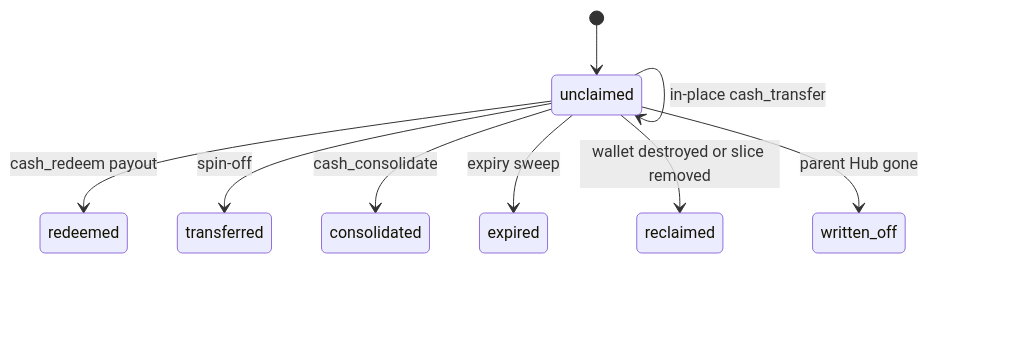
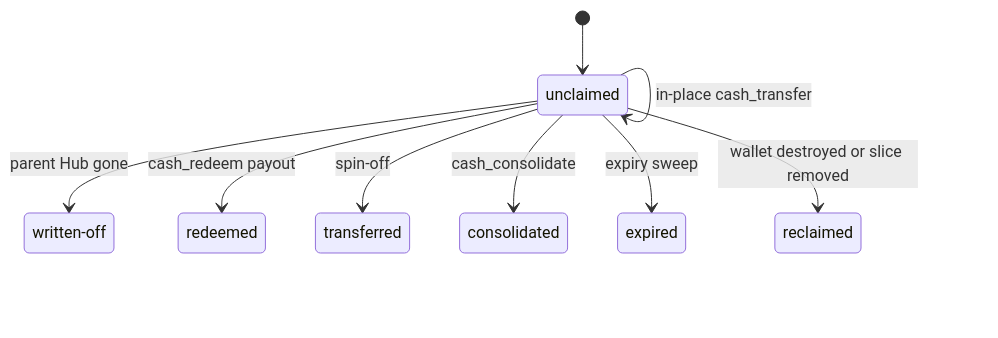
Before and after one commit to ohstr/nips: the fourth of 4 diagrams in NIP-CASH.md, drawn with Mermaid. The commit also changed other lines of this file, not shown here.

````diff
--- a/NIP-CASH.md
+++ b/NIP-CASH.md
@@ -2682,11 +2683,12 @@
 ```mermaid
 stateDiagram-v2
+    state "written-off" as written_off
     [*] --> unclaimed
     unclaimed --> unclaimed: in-place cash_transfer
     unclaimed --> redeemed: cash_redeem payout
     unclaimed --> transferred: spin-off
     unclaimed --> consolidated: cash_consolidate
     unclaimed --> expired: expiry sweep
     unclaimed --> reclaimed: wallet destroyed or slice removed
     unclaimed --> written_off: parent Hub gone
 ```
````
